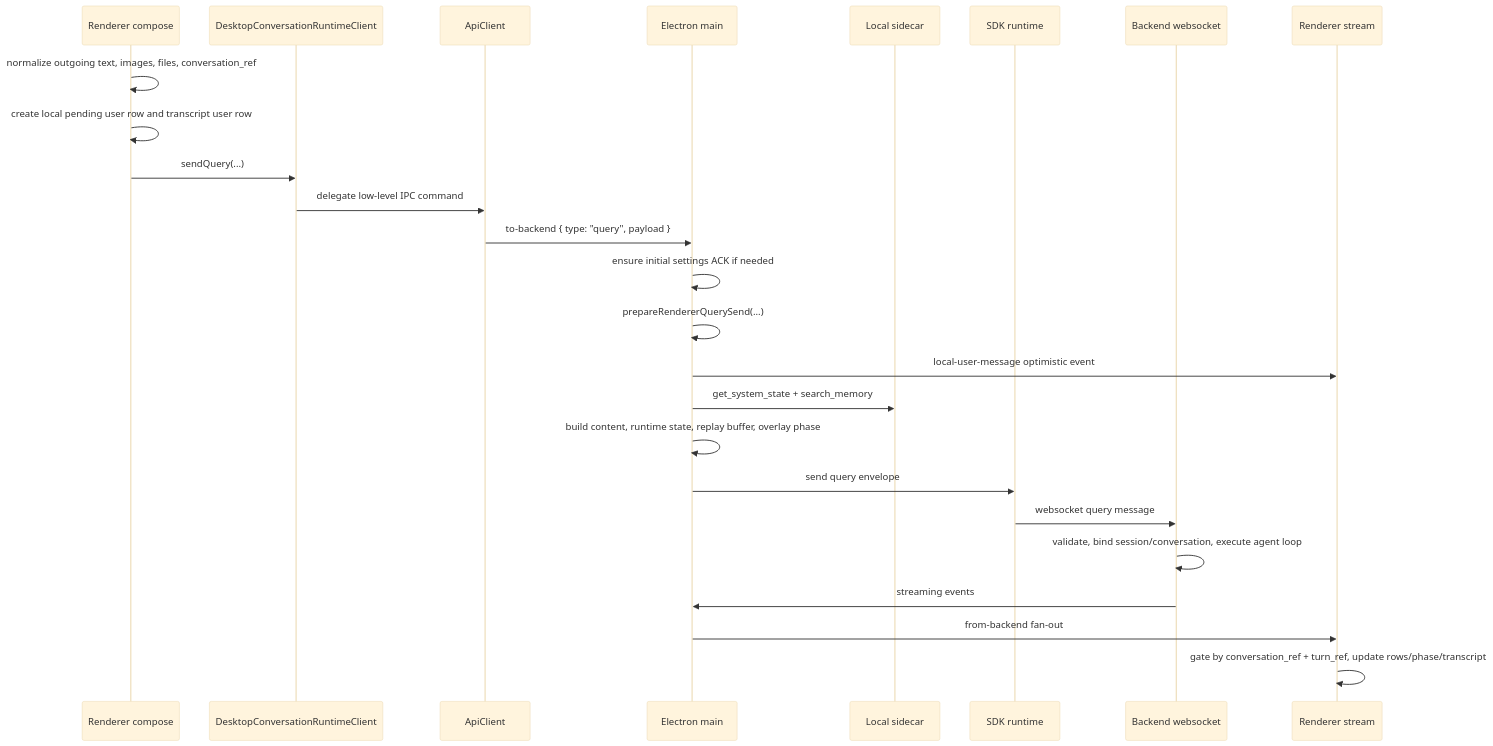
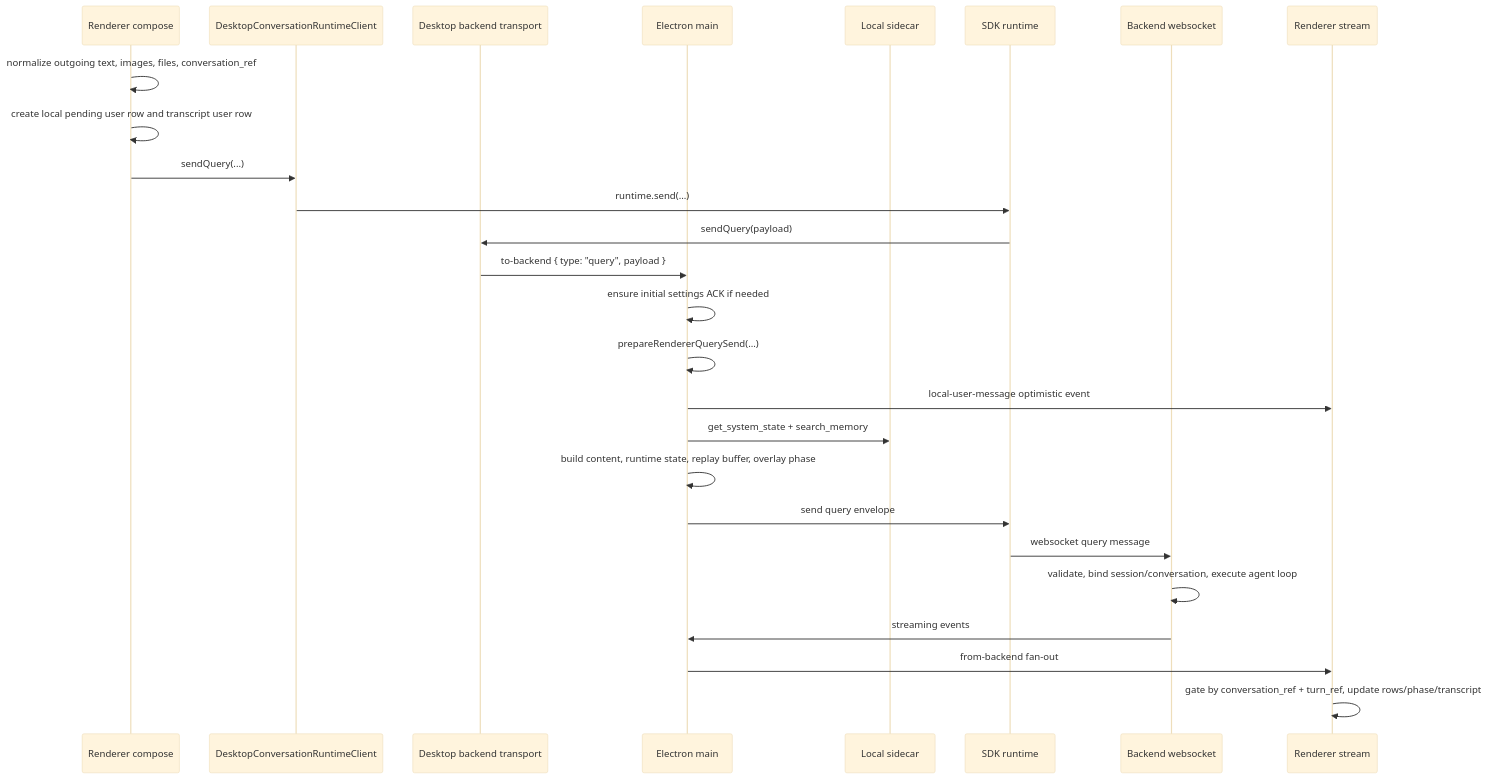
The diagram in docs/frontend/main/query_send_and_stream_relay_change_workflow.md (buiilding/My_Own_OpenClaw), drawn with Mermaid (base theme) before and after one commit. The commit also changed other lines of this file and 11 other files, not shown here.

Commit message:
refactor(frontend-sdk): route query send through conversation runtime

````diff
--- a/docs/frontend/main/query_send_and_stream_relay_change_workflow.md
+++ b/docs/frontend/main/query_send_and_stream_relay_change_workflow.md
@@ -56,28 +56,29 @@
 ```mermaid
 sequenceDiagram
     participant R as Renderer compose
     participant A as DesktopConversationRuntimeClient
-    participant IPC as ApiClient
+    participant T as Desktop backend transport
     participant M as Electron main
     participant L as Local sidecar
     participant SDK as SDK runtime
     participant B as Backend websocket
     participant S as Renderer stream
 
     R->>R: normalize outgoing text, images, files, conversation_ref
     R->>R: create local pending user row and transcript user row
     R->>A: sendQuery(...)
-    A->>IPC: delegate low-level IPC command
-    IPC->>M: to-backend { type: "query", payload }
+    A->>SDK: runtime.send(...)
+    SDK->>T: sendQuery(payload)
+    T->>M: to-backend { type: "query", payload }
     M->>M: ensure initial settings ACK if needed
     M->>M: prepareRendererQuerySend(...)
     M->>S: local-user-message optimistic event
     M->>L: get_system_state + search_memory
     M->>M: build content, runtime state, replay buffer, overlay phase
     M->>SDK: send query envelope
     SDK->>B: websocket query message
     B->>B: validate, bind session/conversation, execute agent loop
     B->>M: streaming events
     M->>S: from-backend fan-out
     S->>S: gate by conversation_ref + turn_ref, update rows/phase/transcript
 ```
````
